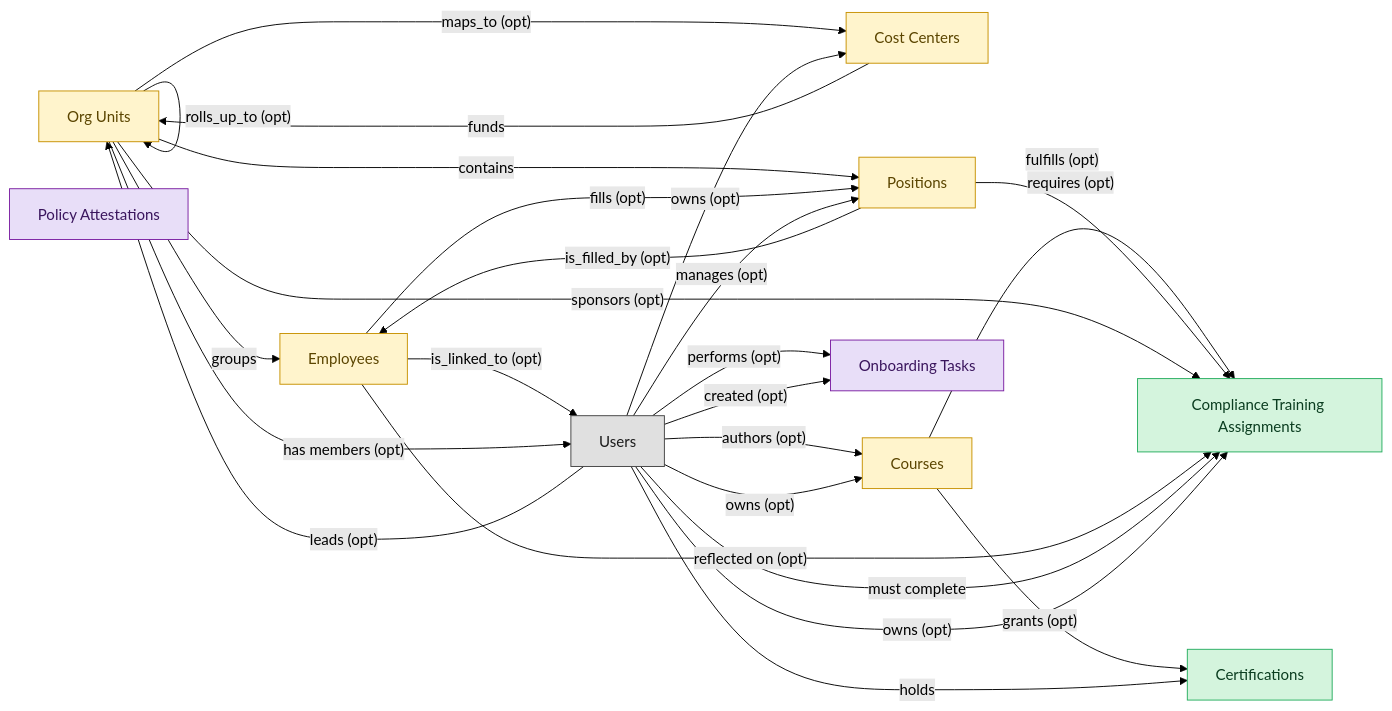
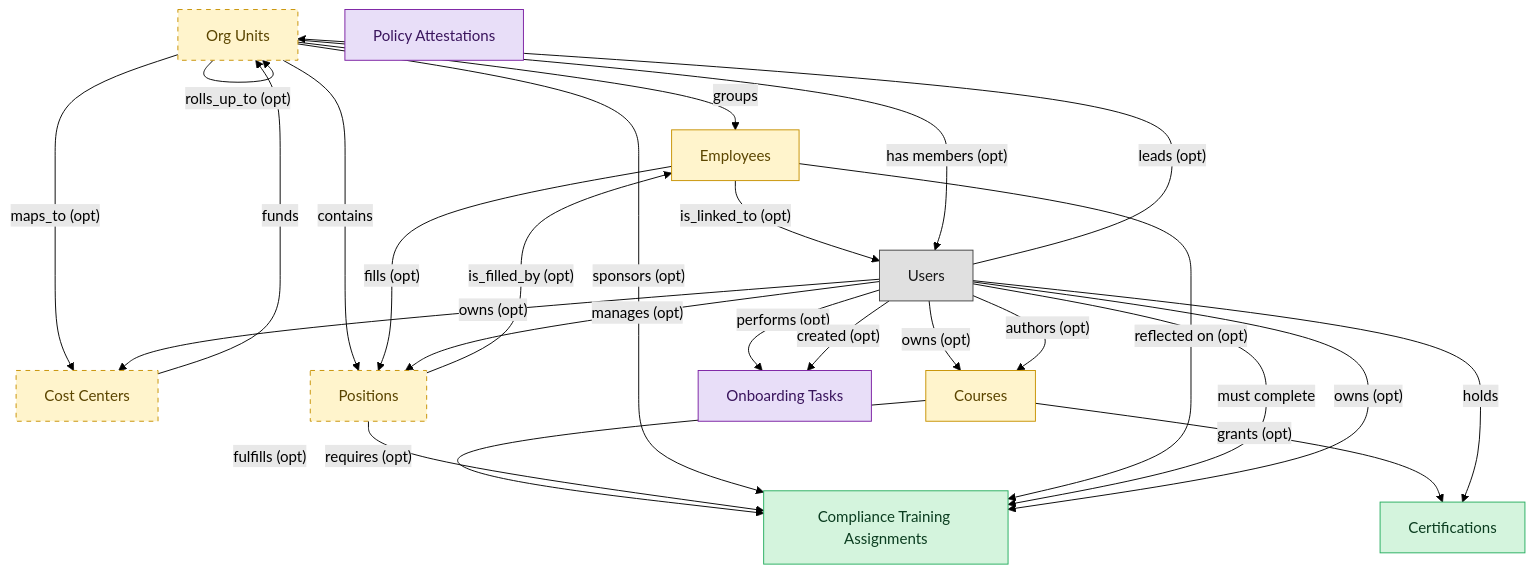
The diagram in blueprints/lms-compliance-training-semantic-blueprint.md (semantius/semantius), drawn with Mermaid (forest theme) before and after one commit. The commit also changed other lines of this file and 31 other files, not shown here.

````diff
--- a/blueprints/lms-compliance-training-semantic-blueprint.md
+++ b/blueprints/lms-compliance-training-semantic-blueprint.md
@@ -34,51 +34,54 @@
 ```mermaid
-flowchart LR
+flowchart TD
   classDef master fill:#d4f4dd,stroke:#27ae60,color:#0b3d20;
   classDef embedded_master fill:#fff4cc,stroke:#c79100,color:#5b4500;
   classDef consumer fill:#e8def8,stroke:#7b1fa2,color:#3a155d;
   classDef platform_builtin fill:#e0e0e0,stroke:#424242,color:#1a1a1a;
   org_units["Org Units"]
   compliance_assignments["Compliance Training Assignments"]
   learner_certifications["Certifications"]
   employees["Employees"]
   cost_centers["Cost Centers"]
   courses["Courses"]
   hcm_positions["Positions"]
   onboarding_tasks["Onboarding Tasks"]
   policy_attestations["Policy Attestations"]
   users["Users"]
   org_units -->|"groups"| employees
   org_units -->|"contains"| hcm_positions
   hcm_positions -->|"is_filled_by (opt)"| employees
   cost_centers -->|"funds"| org_units
   org_units -->|"maps_to (opt)"| cost_centers
   courses -->|"fulfills (opt)"| compliance_assignments
   courses -->|"grants (opt)"| learner_certifications
   hcm_positions -->|"requires (opt)"| compliance_assignments
   org_units -->|"sponsors (opt)"| compliance_assignments
   employees -->|"reflected on (opt)"| compliance_assignments
   employees -->|"fills (opt)"| hcm_positions
   org_units -->|"rolls_up_to (opt)"| org_units
+  users -->|"owns (opt)"| courses
   employees -->|"is_linked_to (opt)"| users
   users -->|"manages (opt)"| hcm_positions
   users -->|"leads (opt)"| org_units
   users -->|"owns (opt)"| cost_centers
-  users -->|"holds"| learner_certifications
   users -->|"performs (opt)"| onboarding_tasks
   users -->|"created (opt)"| onboarding_tasks
   users -->|"authors (opt)"| courses
-  users -->|"owns (opt)"| courses
   users -->|"must complete"| compliance_assignments
   users -->|"owns (opt)"| compliance_assignments
+  users -->|"holds"| learner_certifications
   org_units -->|"has members (opt)"| users
   class org_units embedded_master;
   class compliance_assignments master;
   class learner_certifications master;
   class employees embedded_master;
   class cost_centers embedded_master;
   class courses embedded_master;
   class hcm_positions embedded_master;
   class onboarding_tasks consumer;
   class policy_attestations consumer;
   class users platform_builtin;
+  style org_units stroke-dasharray:5 5;
+  style cost_centers stroke-dasharray:5 5;
+  style hcm_positions stroke-dasharray:5 5;
 ```
````
